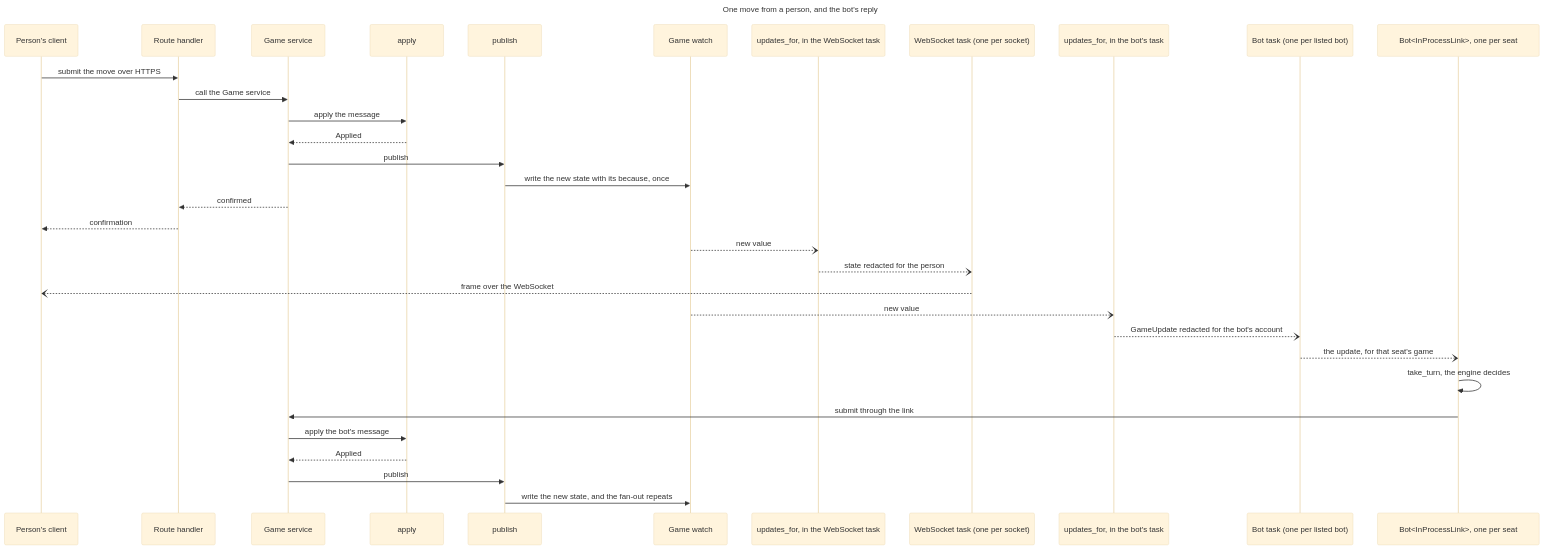
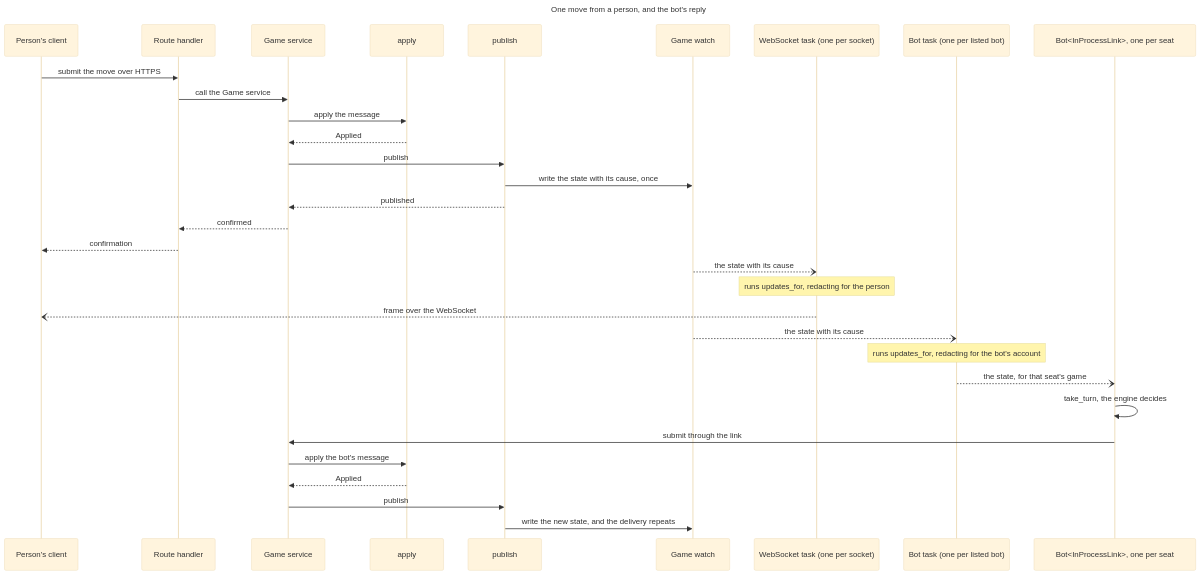
The first of 2 diagrams in applications/tile-lite-elite/3.1.7-changes/workstreams/application-game-architecture/71-one-game-model/71-data-model.md (delphside/programme), drawn with Mermaid (base theme) before and after one commit. The commit also changed other lines of this file and 4 other files, not shown here.

````diff
--- a/applications/tile-lite-elite/3.1.7-changes/workstreams/application-game-architecture/71-one-game-model/71-data-model.md
+++ b/applications/tile-lite-elite/3.1.7-changes/workstreams/application-game-architecture/71-one-game-model/71-data-model.md
@@ -874,36 +904,35 @@
 ```mermaid
 sequenceDiagram
   title One move from a person, and the bot's reply
   participant C as Person's client
   participant R as Route handler
   participant GS as Game service
   participant A as apply
   participant P as publish
   participant GW as Game watch
-  participant UW as updates_for, in the WebSocket task
   participant WT as WebSocket task (one per socket)
-  participant UB as updates_for, in the bot's task
   participant BT as Bot task (one per listed bot)
   participant B as Bot#lt;InProcessLink#gt;, one per seat
 
   C->>R: submit the move over HTTPS
   R->>GS: call the Game service
   GS->>A: apply the message
   A-->>GS: Applied
   GS->>P: publish
-  P->>GW: write the new state with its because, once
+  P->>GW: write the state with its cause, once
+  P-->>GS: published
   GS-->>R: confirmed
   R-->>C: confirmation
-  GW--)UW: new value
-  UW--)WT: state redacted for the person
+  GW--)WT: the state with its cause
+  Note over WT: runs updates_for, redacting for the person
   WT--)C: frame over the WebSocket
-  GW--)UB: new value
-  UB--)BT: GameUpdate redacted for the bot's account
-  BT--)B: the update, for that seat's game
+  GW--)BT: the state with its cause
+  Note over BT: runs updates_for, redacting for the bot's account
+  BT--)B: the state, for that seat's game
   B->>B: take_turn, the engine decides
   B->>GS: submit through the link
   GS->>A: apply the bot's message
   A-->>GS: Applied
   GS->>P: publish
-  P->>GW: write the new state, and the fan-out repeats
+  P->>GW: write the new state, and the delivery repeats
 ```
````
